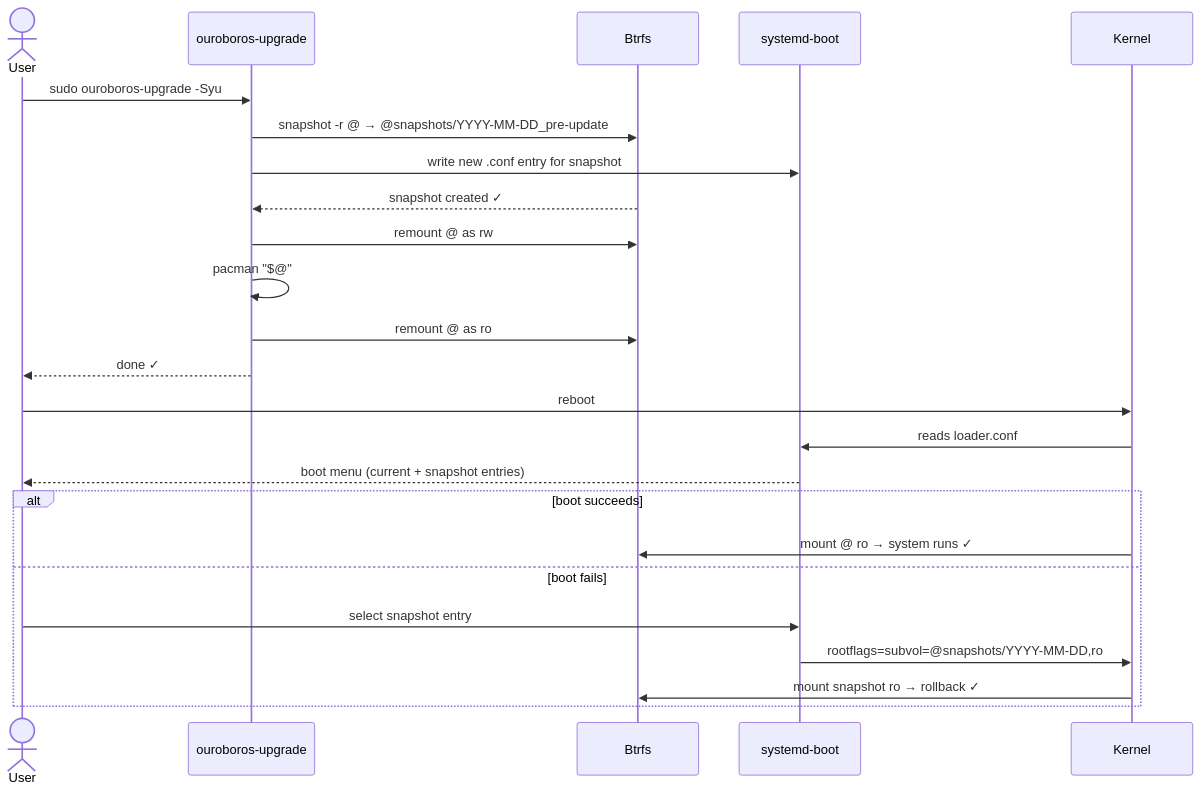
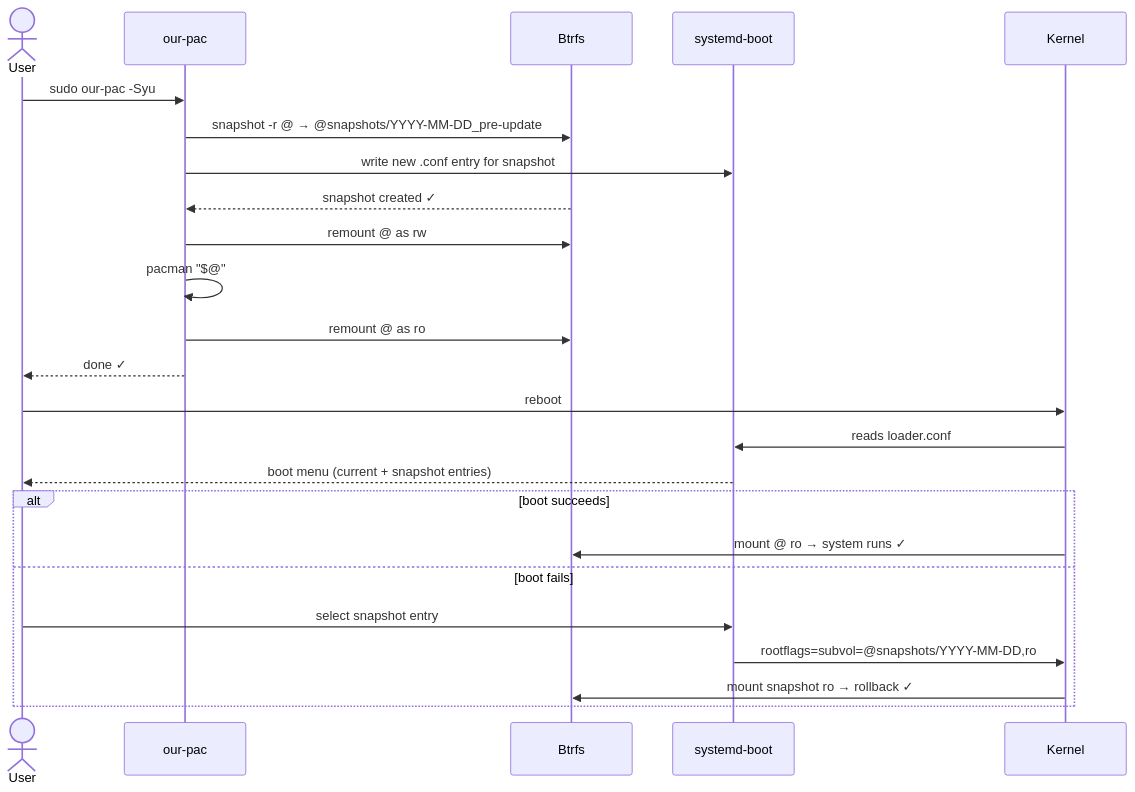
One commit to Arkh-Ur/ouroborOS changed the third of 3 diagrams in docs/architecture/immutability-strategy.md. Above: the diagram before and after it, drawn with Mermaid. The commit also changed other lines of this file and 18 other files, not shown here.

````diff
--- a/docs/architecture/immutability-strategy.md
+++ b/docs/architecture/immutability-strategy.md
@@ -113,30 +113,30 @@
 ```mermaid
 sequenceDiagram
     actor User
-    participant Upgrade as ouroboros-upgrade
+    participant Upgrade as our-pac
     participant Btrfs
     participant Boot as systemd-boot
     participant Kernel
 
-    User->>Upgrade: sudo ouroboros-upgrade -Syu
+    User->>Upgrade: sudo our-pac -Syu
     Upgrade->>Btrfs: snapshot -r @ → @snapshots/YYYY-MM-DD_pre-update
     Upgrade->>Boot: write new .conf entry for snapshot
     Btrfs-->>Upgrade: snapshot created ✓
 
     Upgrade->>Btrfs: remount @ as rw
     Upgrade->>Upgrade: pacman "$@"
     Upgrade->>Btrfs: remount @ as ro
     Upgrade-->>User: done ✓
 
     User->>Kernel: reboot
     Kernel->>Boot: reads loader.conf
     Boot-->>User: boot menu (current + snapshot entries)
 
     alt boot succeeds
         Kernel->>Btrfs: mount @ ro → system runs ✓
     else boot fails
         User->>Boot: select snapshot entry
         Boot->>Kernel: rootflags=subvol=@snapshots/YYYY-MM-DD,ro
         Kernel->>Btrfs: mount snapshot ro → rollback ✓
     end
 ```
````
